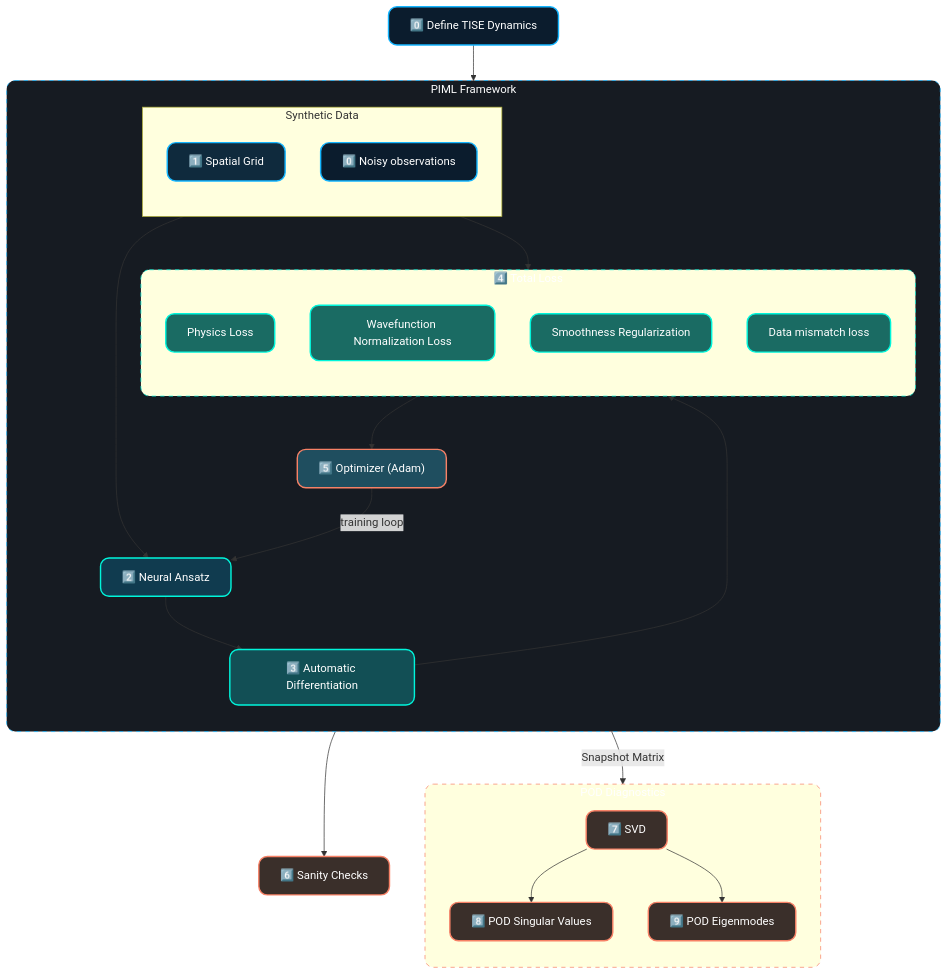
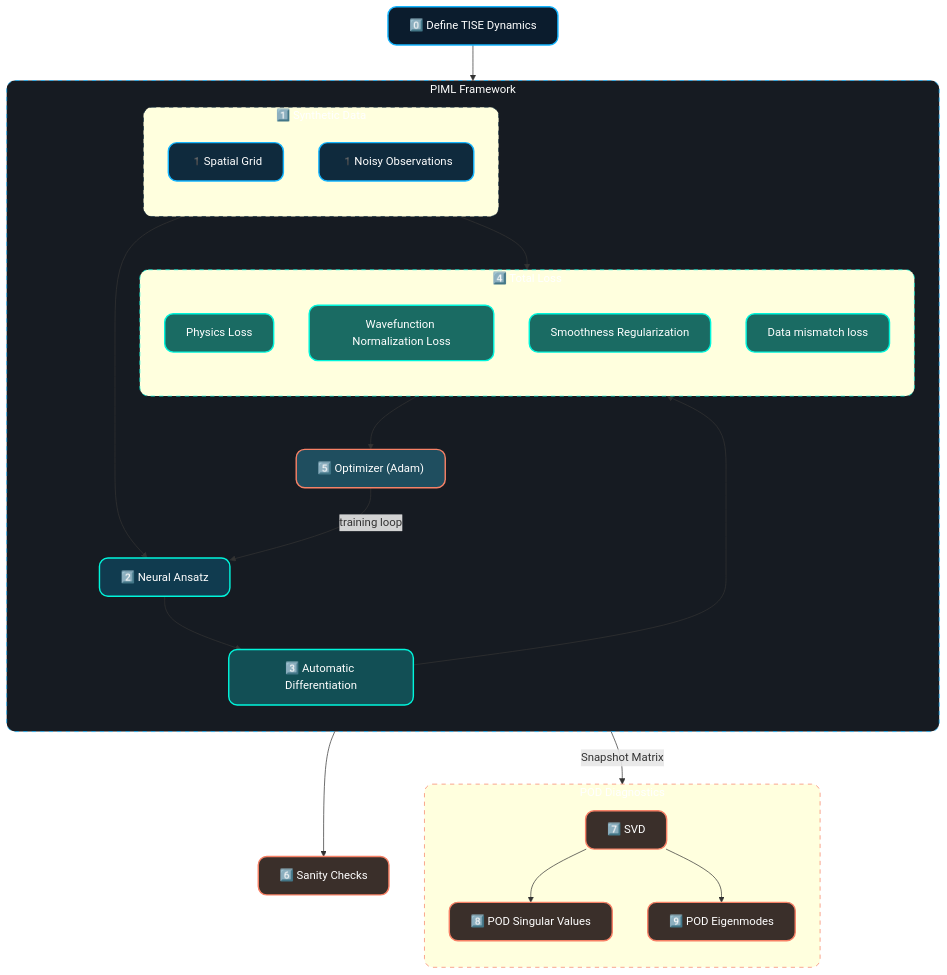
The diagram in README.md (Scriber-Labs/lf-pinn-inverse-schrodinger), drawn with Mermaid before and after one commit.

Commit message:
Updated README.md with mermaid diagram of PIML architecture and a table providing a mathematical mapping for each component. Also updated the loss terms table, but it still isn't complete.

```diff
--- a/README.md
+++ b/README.md
@@ -83,6 +83,7 @@
     classDef stage7 fill:#0f2a3d,stroke:#14b5ff,stroke-width:2px,color:#ffffff,rx:12,ry:12;
 
     classDef PIML_framework fill:#161b22,stroke:#14b5ff,stroke-dasharray:6 6,color:#ffffff,rx:12,ry:12;
+    classDef Observed_data stroke:#0f2a3d,stroke-dasharray:6 6,color:#ffffff,rx:12,ry:12;
     classDef Total_loss stroke:#00f5db,stroke-dasharray:6 6,color:#ffffff,rx:12,ry:12;
     classDef POD_diagnostics stroke:#f78166,stroke-dasharray:6 6,color:#ffffff,rx:12,ry:12;
     
@@ -91,16 +92,16 @@
     %%--------------------------------------------------------------
     subgraph PIML["PIML Framework"]
         direction TB
-        subgraph synthetic_data["Synthetic Data"]
+        subgraph synthetic_data["1️⃣ Synthetic Data"]
             direction TB
-            B["1️⃣ Spatial Grid"]:::stage1
-            obs["1️⃣ Observed Data"]:::stage1
+            B["1️Spatial Grid"]:::stage1
+            obs["1️Noisy Observations"]:::stage1
         end
-            
+        
+        synthetic_data:::Observed_data
         C["2️⃣ Neural Ansatz"]:::stage2
         D["3️⃣ Automatic Differentiation"]:::stage3
         F["5️⃣ Optimizer (Adam)"]:::stage5
-        obs["0️⃣ Noisy observations"]:::stage0
         
         subgraph loss["4️⃣ Total Loss"]
             direction TB
```
